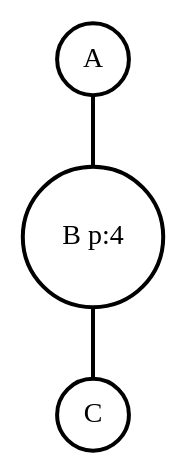
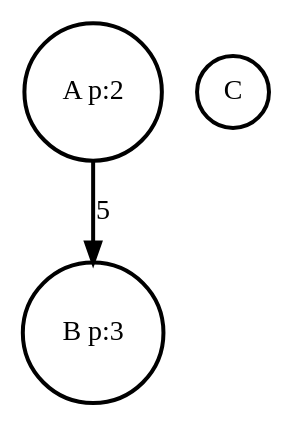
The diagram in grafo.dot (Scrow-rgb/trabalho-grafos), drawn with Graphviz before and after one commit. The commit also changed 1 other file, not shown here.

```diff
--- a/grafo.dot
+++ b/grafo.dot
@@ -1,7 +1,6 @@
-graph G {
-    0 [label="A", penwidth=2, shape="circle"];
-    1 [label="B p:4", penwidth=2, shape="circle"];
-    2 [label="C", penwidth=2, shape="circle"];
-    0 -- 1 [penwidth=2, color=black];
-    1 -- 2 [penwidth=2, color=black];
+digraph G {
+    0 [label = "A p:2";penwidth = 2;shape = "circle";];
+    1 [label = "B p:3";penwidth = 2;shape = "circle";];
+    2 [label = "C";penwidth = 2;shape = "circle";];
+    0 -> 1 [penwidth = 2; color = black; label = "5";];
 }
```
